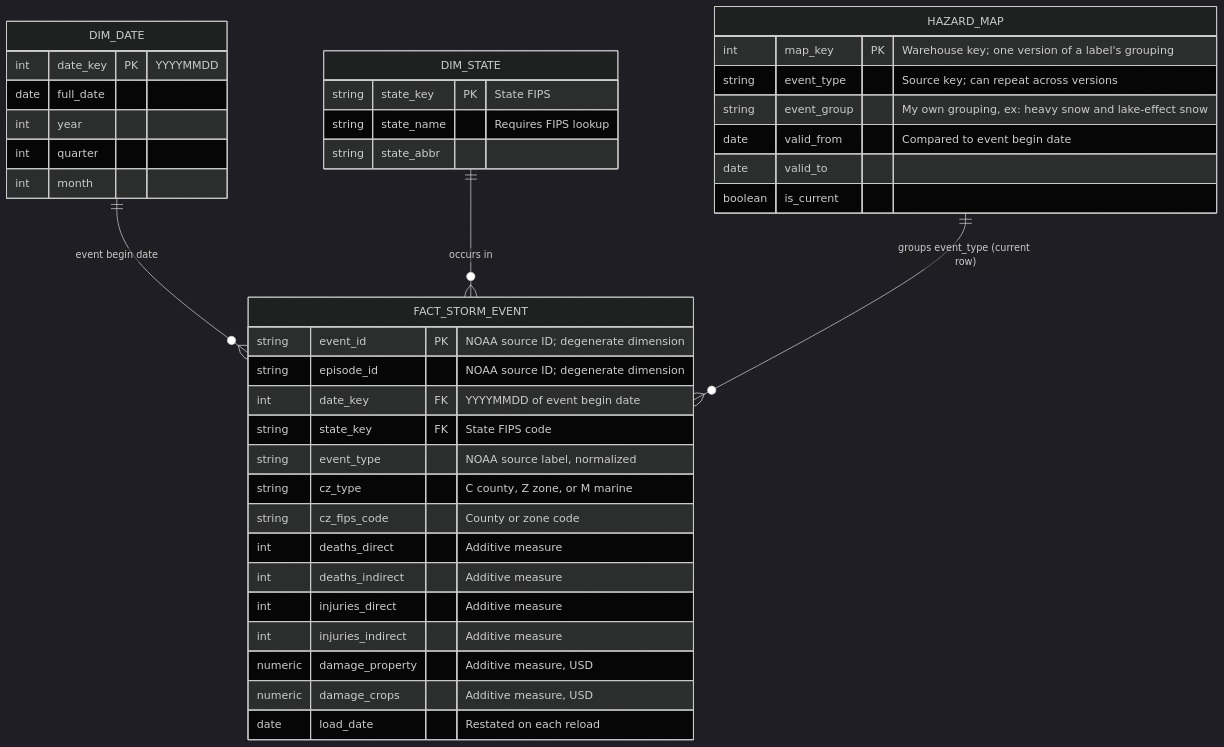
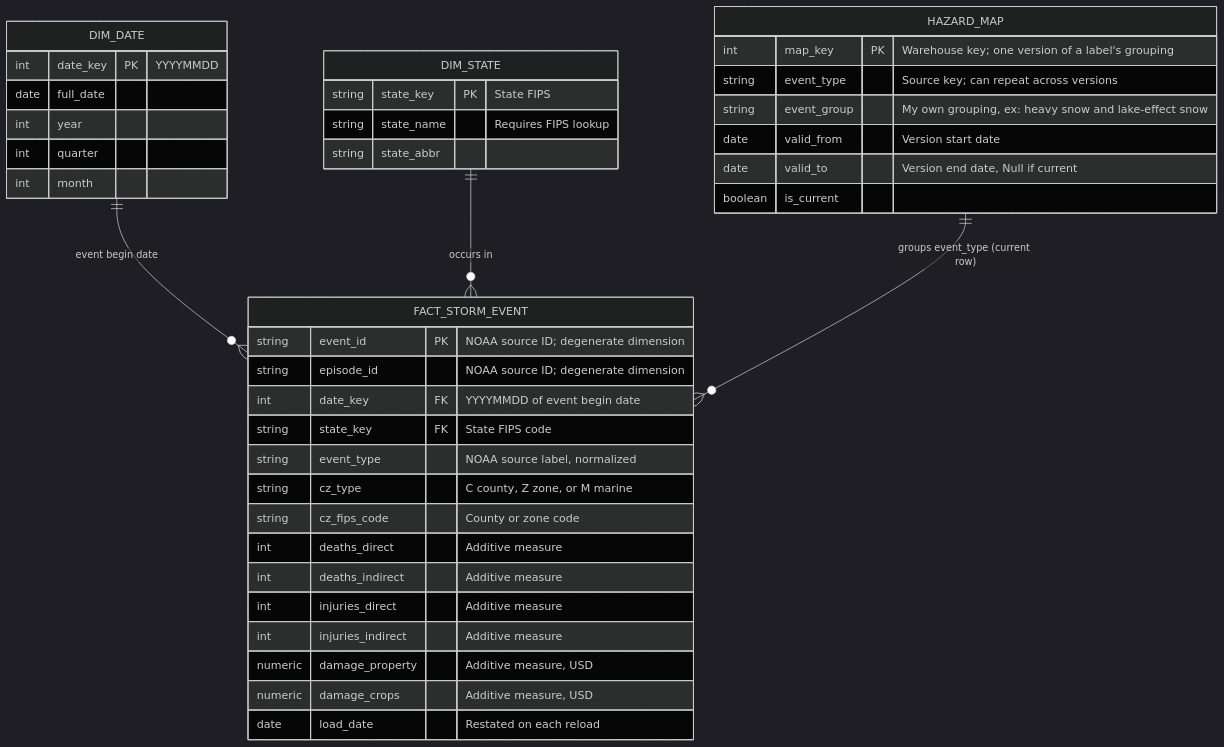
The diagram in docs/p1-plan.md (giro7292-st-thomas/SEIS-732-Data-Product-Project), drawn with Mermaid (dark theme) before and after one commit. The commit also changed other lines of this file, not shown here.

````diff
--- a/docs/p1-plan.md
+++ b/docs/p1-plan.md
@@ -78,46 +78,46 @@
 ```mermaid
 erDiagram
     DIM_DATE ||--o{ FACT_STORM_EVENT : "event begin date"
     DIM_STATE ||--o{ FACT_STORM_EVENT : "occurs in"
     HAZARD_MAP ||--o{ FACT_STORM_EVENT : "groups event_type (current row)"
 
     FACT_STORM_EVENT {
         string event_id PK "NOAA source ID; degenerate dimension"
         string episode_id "NOAA source ID; degenerate dimension"
         int date_key FK "YYYYMMDD of event begin date"
         string state_key FK "State FIPS code"
         string event_type "NOAA source label, normalized"
         string cz_type "C county, Z zone, or M marine"
         string cz_fips_code "County or zone code"
         int deaths_direct "Additive measure"
         int deaths_indirect "Additive measure"
         int injuries_direct "Additive measure"
         int injuries_indirect "Additive measure"
         numeric damage_property "Additive measure, USD"
         numeric damage_crops "Additive measure, USD"
         date load_date "Restated on each reload"
     }
 
     DIM_DATE {
         int date_key PK "YYYYMMDD"
         date full_date
         int year
         int quarter
         int month
     }
 
     DIM_STATE {
         string state_key PK "State FIPS"
         string state_name "Requires FIPS lookup"
         string state_abbr
     }
 
     HAZARD_MAP {
         int map_key PK "Warehouse key; one version of a label's grouping"
         string event_type "Source key; can repeat across versions"
         string event_group "My own grouping, ex: heavy snow and lake-effect snow"
-        date valid_from "Compared to event begin date"
-        date valid_to
+        date valid_from "Version start date"
+        date valid_to "Version end date, Null if current"
         boolean is_current
     }
 ```
````
